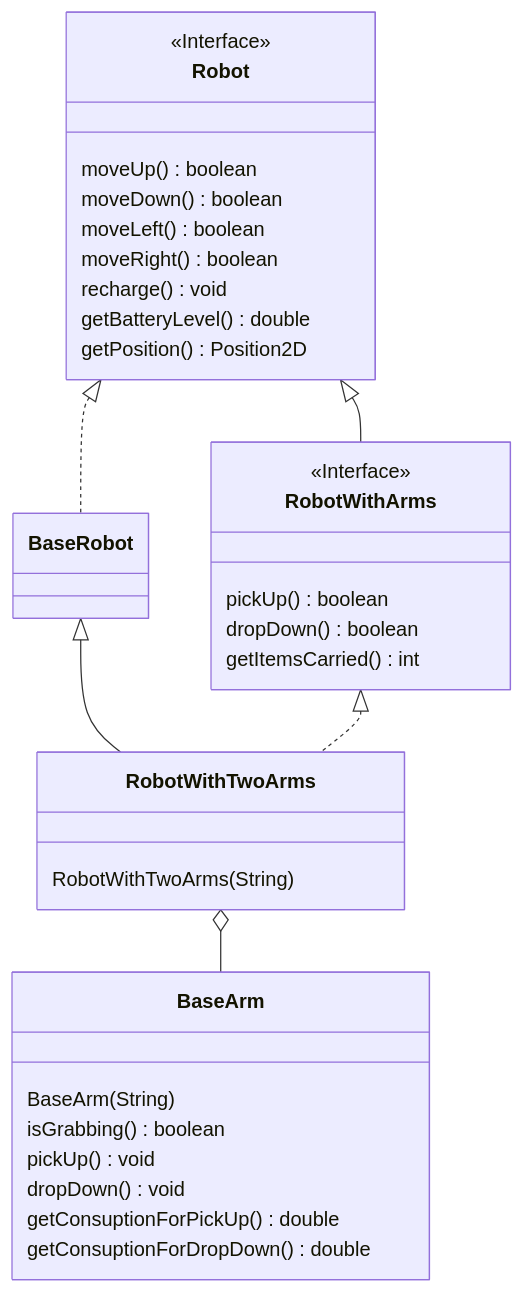
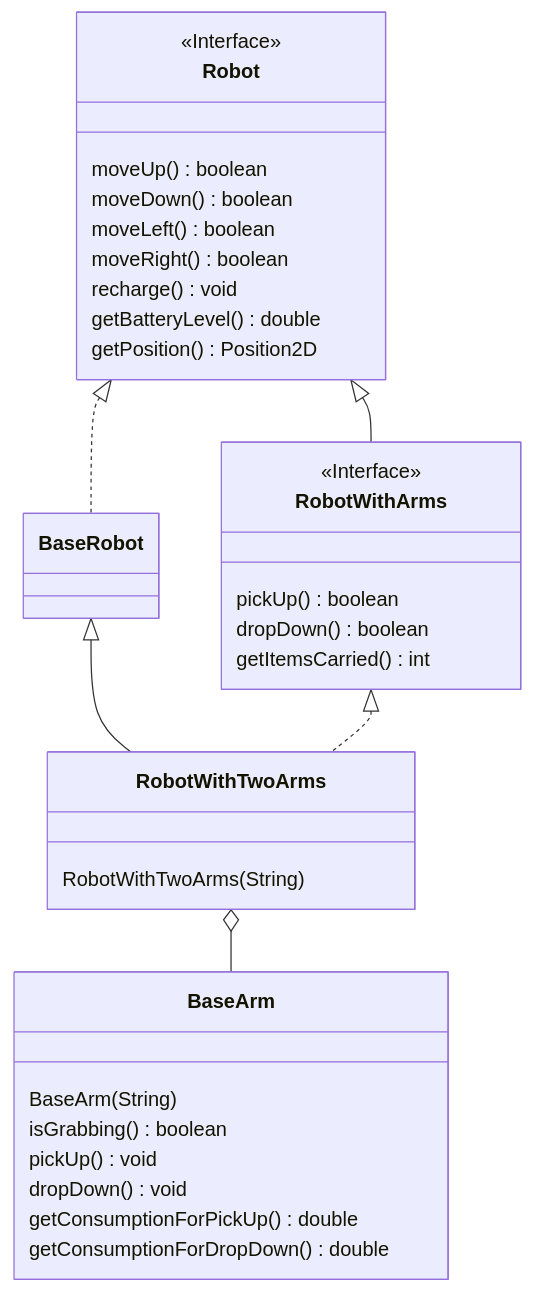
One commit to APICe-at-DISI/exercises changed the second of 2 diagrams in java/inheritance/rich-domain-design/README-extension.md. Above: the diagram before and after it, drawn with Mermaid. The commit also changed other lines of this file, not shown here.

Commit message:
Fix typo in class diagram

````diff
--- a/java/inheritance/rich-domain-design/README-extension.md
+++ b/java/inheritance/rich-domain-design/README-extension.md
@@ -54,35 +54,35 @@
 ```mermaid
 classDiagram
     Robot <|.. BaseRobot
     BaseRobot <|-- RobotWithTwoArms
     Robot <|-- RobotWithArms
     <<Interface>> Robot
     <<Interface>> RobotWithArms
     RobotWithArms <|.. RobotWithTwoArms
     RobotWithTwoArms o-- BaseArm
     class Robot {
         moveUp() boolean
         moveDown() boolean
         moveLeft() boolean
         moveRight() boolean
         recharge() void
         getBatteryLevel() double
         getPosition() Position2D
     }
     class RobotWithArms {
         pickUp() boolean
         dropDown() boolean
         getItemsCarried() int
     }
     class RobotWithTwoArms {
         RobotWithTwoArms(String)
     }
     class BaseArm {
         BaseArm(String)
         isGrabbing() boolean
         pickUp() void
         dropDown() void
-        getConsuptionForPickUp() double
-        getConsuptionForDropDown() double
+        getConsumptionForPickUp() double
+        getConsumptionForDropDown() double
     }
 ```
````
